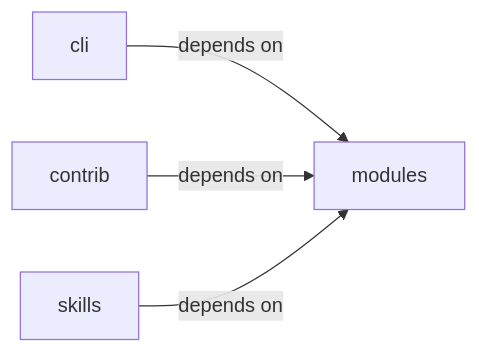
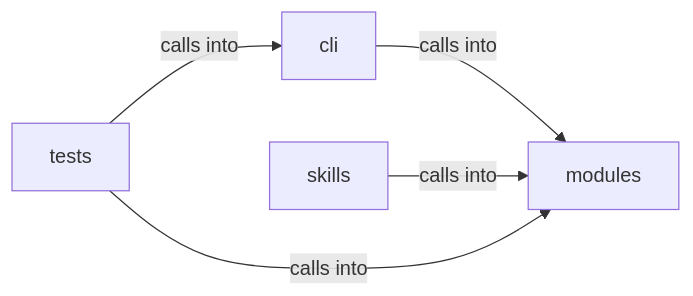
Before and after one commit to grisuno/LazyOwn: the diagram in readmenator-diagrams/skills_hermes_lazyown.md, drawn with Mermaid. The commit also changed other lines of this file and 301 other files, not shown here.

````diff
--- a/readmenator-diagrams/skills_hermes_lazyown.md
+++ b/readmenator-diagrams/skills_hermes_lazyown.md
@@ -5,10 +5,11 @@
 ```mermaid
 graph LR
     cli["cli"]
-    contrib["contrib"]
     modules["modules"]
     skills["skills"]
-    cli -- "depends on" --> modules
-    contrib -- "depends on" --> modules
-    skills -- "depends on" --> modules
+    tests["tests"]
+    cli -- "calls into" --> modules
+    skills -- "calls into" --> modules
+    tests -- "calls into" --> cli
+    tests -- "calls into" --> modules
 ```
````
